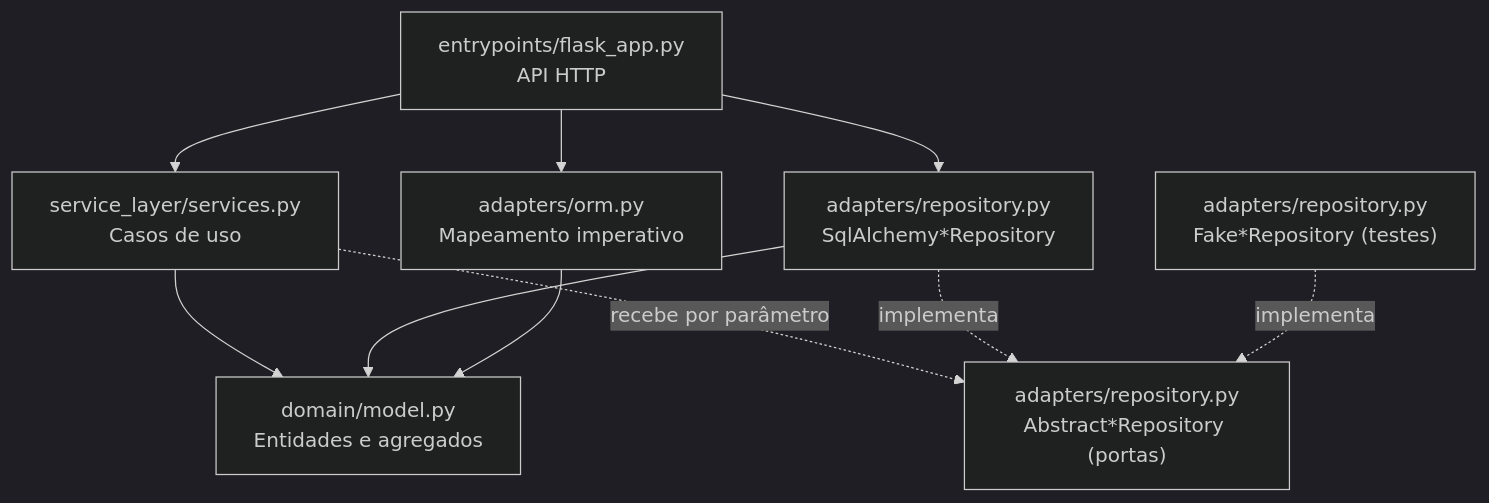
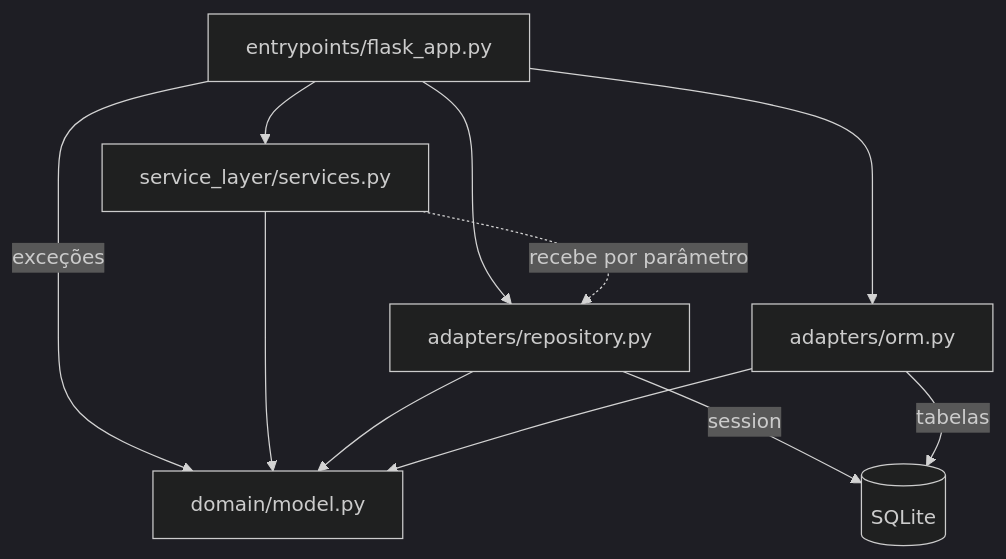
The diagram in docs/arquitetura.md (Raphael-Mendes/SorvGest--Projeto-de-Software-2026.2), drawn with Mermaid (dark theme) before and after one commit. The commit also changed other lines of this file, not shown here.

````diff
--- a/docs/arquitetura.md
+++ b/docs/arquitetura.md
@@ -81,20 +84,20 @@
 ```mermaid
 flowchart TD
-    API["entrypoints/flask_app.py<br/>API HTTP"]
-    SVC["service_layer/services.py<br/>Casos de uso"]
-    DOM["domain/model.py<br/>Entidades e agregados"]
-    PORT["adapters/repository.py<br/>Abstract*Repository (portas)"]
-    SQLA["adapters/repository.py<br/>SqlAlchemy*Repository"]
-    FAKE["adapters/repository.py<br/>Fake*Repository (testes)"]
-    ORM["adapters/orm.py<br/>Mapeamento imperativo"]
+    API["entrypoints/flask_app.py"]
+    SVC["service_layer/services.py"]
+    REPO["adapters/repository.py"]
+    ORM["adapters/orm.py"]
+    DOM["domain/model.py"]
+    DB[("SQLite")]
 
     API --> SVC
-    API --> SQLA
+    API --> REPO
     API --> ORM
+    API -- exceções --> DOM
     SVC --> DOM
-    SVC -. recebe por parâmetro .-> PORT
-    SQLA -. implementa .-> PORT
-    FAKE -. implementa .-> PORT
-    SQLA --> DOM
+    SVC -. recebe por parâmetro .-> REPO
+    REPO --> DOM
     ORM --> DOM
+    REPO -- session --> DB
+    ORM -- tabelas --> DB
 ```
````
